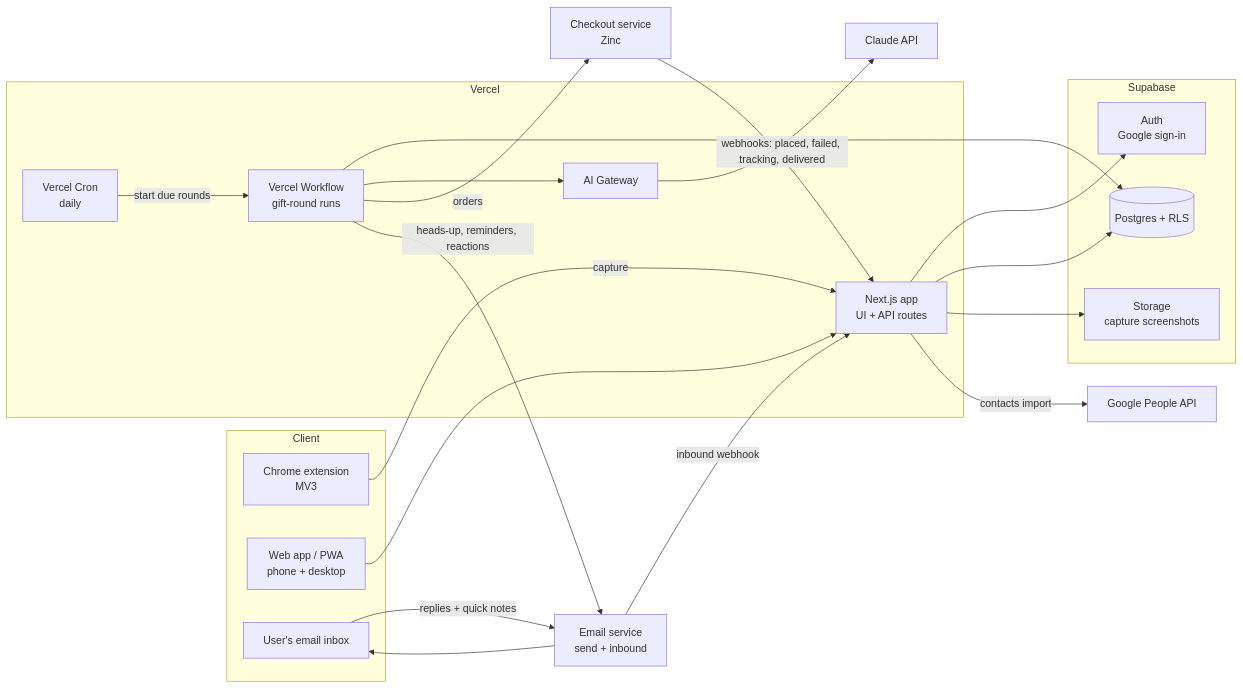
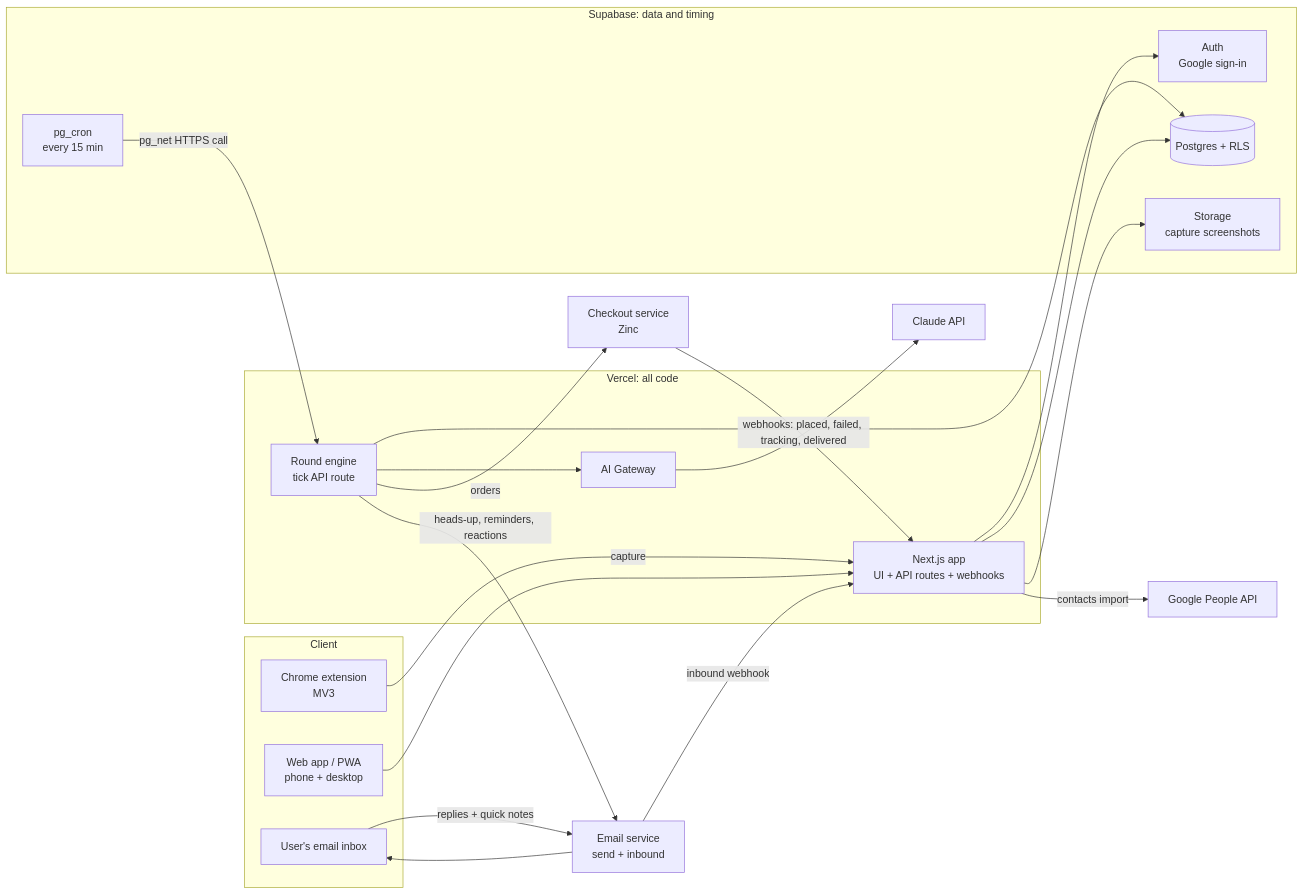
The first of 2 diagrams in design/technical-design.md (gifts-af/gift-me), drawn with Mermaid before and after one commit. The commit also changed other lines of this file and 1 other file, not shown here.

First line of the commit message:
Move gift-round scheduling to Supabase pg_cron; repo now under allensforever711

````diff
--- a/design/technical-design.md
+++ b/design/technical-design.md
@@ -26,37 +27,37 @@
 ```mermaid
 flowchart LR
   subgraph Client
     EXT[Chrome extension<br/>MV3]
     WEB[Web app / PWA<br/>phone + desktop]
     MAIL[User's email inbox]
   end
-  subgraph Vercel
-    APP[Next.js app<br/>UI + API routes]
-    WF[Vercel Workflow<br/>gift-round runs]
-    CRON[Vercel Cron<br/>daily]
+  subgraph Vercel["Vercel: all code"]
+    APP[Next.js app<br/>UI + API routes + webhooks]
+    WF[Round engine<br/>tick API route]
     GW[AI Gateway]
   end
-  subgraph Supabase
+  subgraph Supabase["Supabase: data and timing"]
     AUTH[Auth<br/>Google sign-in]
     DB[(Postgres + RLS)]
     ST[Storage<br/>capture screenshots]
+    CRON[pg_cron<br/>every 15 min]
   end
   CLAUDE[Claude API]
   ZINC[Checkout service<br/>Zinc]
   EMAIL[Email service<br/>send + inbound]
   GOOG[Google People API]
 
   EXT -->|capture| APP
   WEB --> APP
   APP --> AUTH
   APP --> DB
   APP --> ST
-  CRON -->|start due rounds| WF
+  CRON -->|pg_net HTTPS call| WF
   WF --> DB
   WF --> GW --> CLAUDE
   WF -->|orders| ZINC
   ZINC -->|webhooks: placed, failed, tracking, delivered| APP
   WF -->|heads-up, reminders, reactions| EMAIL --> MAIL
   MAIL -->|replies + quick notes| EMAIL -->|inbound webhook| APP
   APP -->|contacts import| GOOG
 ```
````
